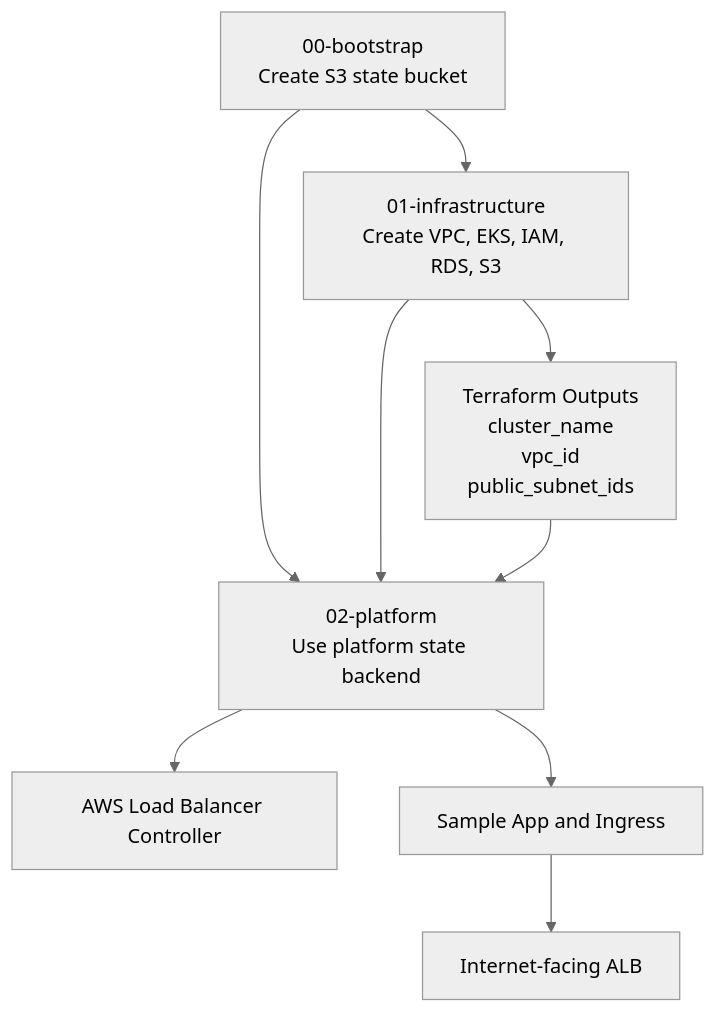
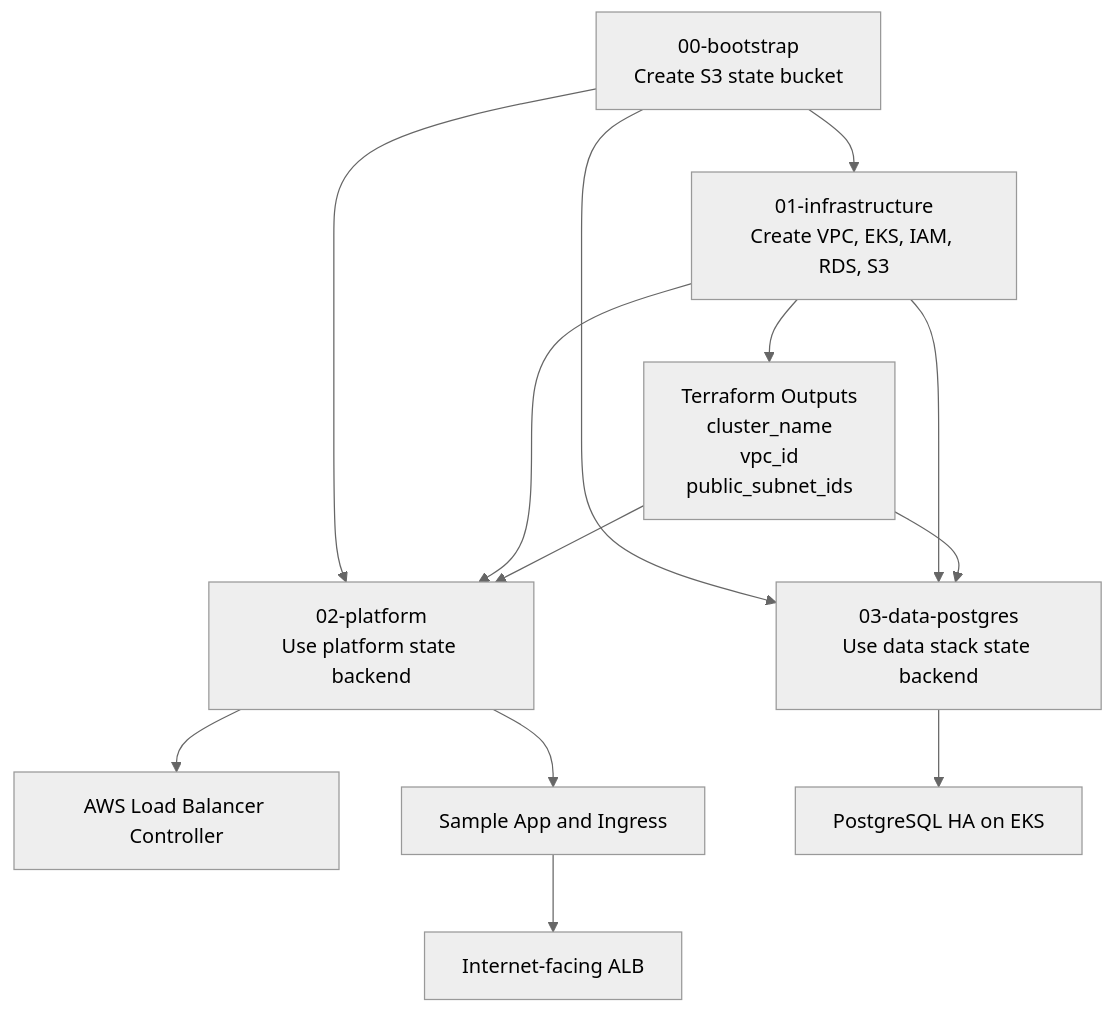
Before and after one commit to LongNgd/TERRAFORM-AWS-EKS: the first of 2 diagrams in README.md, drawn with Mermaid (neutral theme). The commit also changed other lines of this file and 11 other files, not shown here.

Commit message:
add PostgreSQL HA stack for EKS with backup and monitoring

````diff
--- a/README.md
+++ b/README.md
@@ -34,13 +38,17 @@
 ```mermaid
 flowchart TD
     A[00-bootstrap\nCreate S3 state bucket] --> B[01-infrastructure\nCreate VPC, EKS, IAM, RDS, S3]
     A --> C[02-platform\nUse platform state backend]
+    A --> H[03-data-postgres\nUse data stack state backend]
     B --> C
+    B --> H
 
     B --> D[Terraform Outputs\ncluster_name\nvpc_id\npublic_subnet_ids]
     D --> C
+    D --> H
 
     C --> E[AWS Load Balancer Controller]
     C --> F[Sample App and Ingress]
     F --> G[Internet-facing ALB]
+    H --> I[PostgreSQL HA on EKS]
 ```
````
